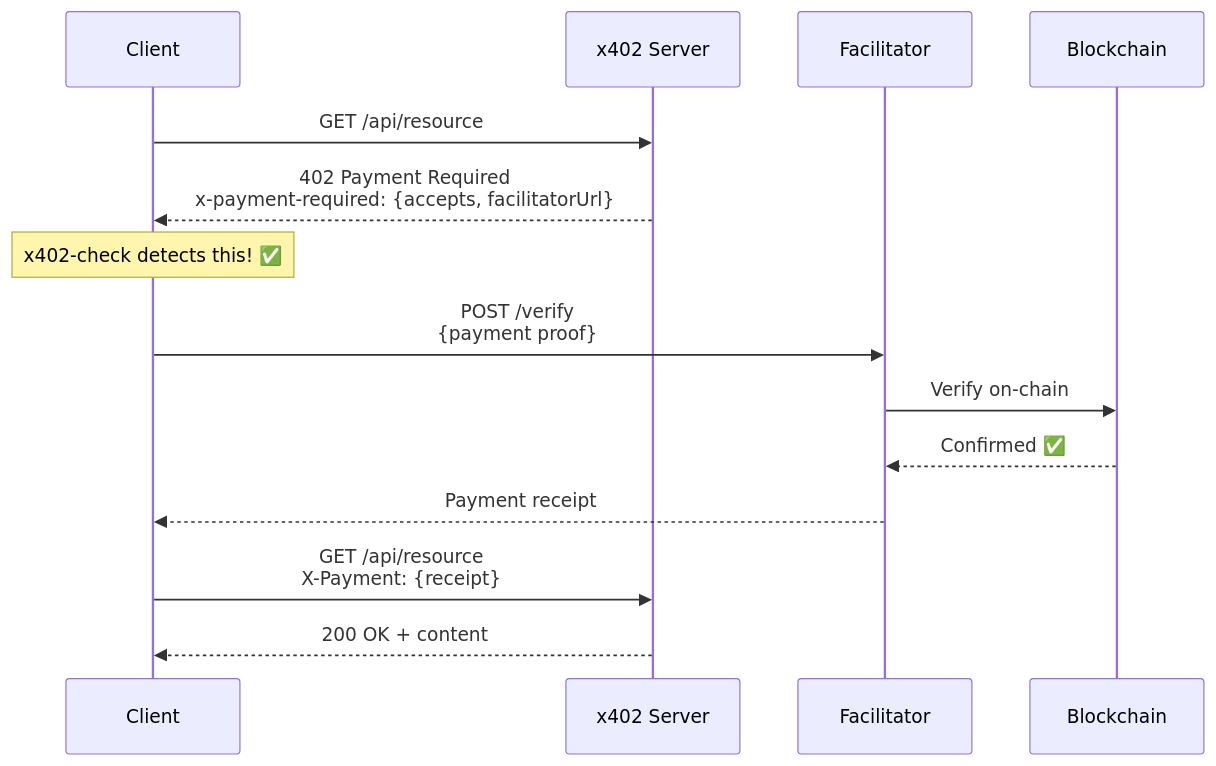
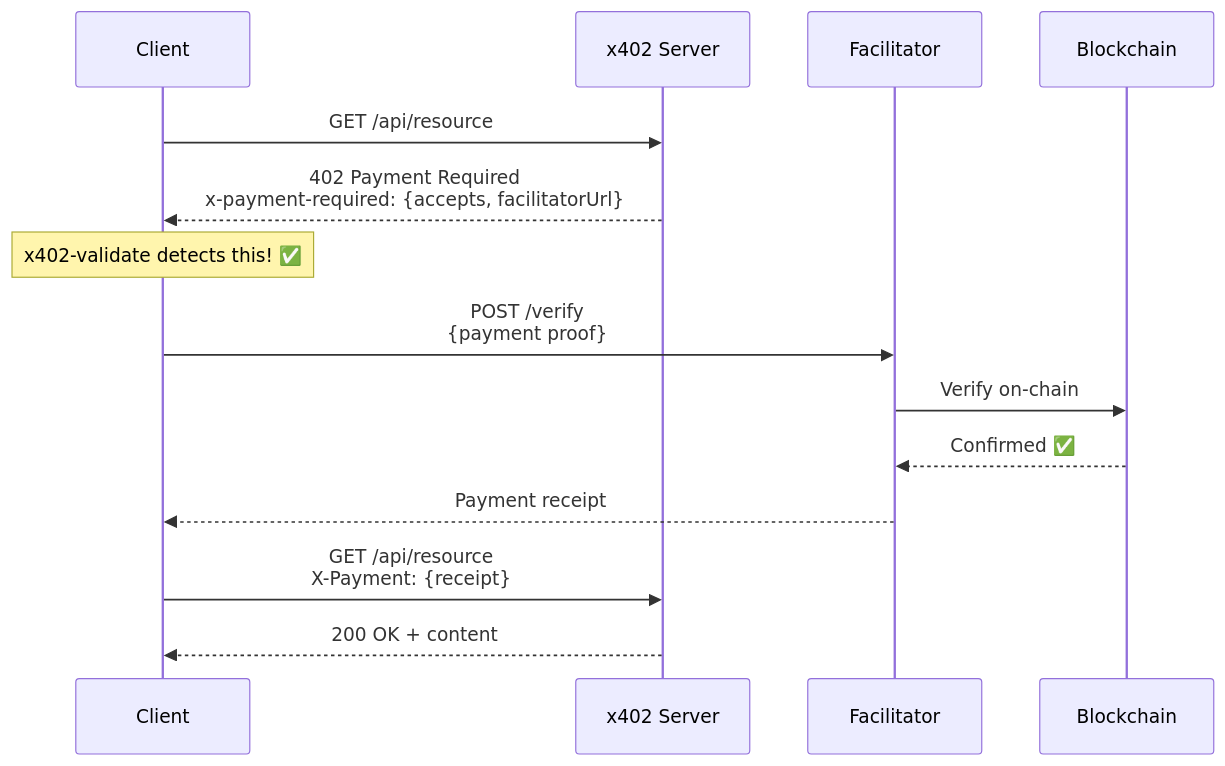
One commit to suryast/x402-check changed the second of 4 diagrams in README.md. Above: the diagram before and after it, drawn with Mermaid. The commit also changed other lines of this file and 4 other files, not shown here.

````diff
--- a/README.md
+++ b/README.md
@@ -48,19 +48,19 @@
 ```mermaid
 sequenceDiagram
     participant C as Client
     participant S as x402 Server
     participant F as Facilitator
     participant B as Blockchain
 
     C->>S: GET /api/resource
     S-->>C: 402 Payment Required<br/>x-payment-required: {accepts, facilitatorUrl}
     
-    Note over C: x402-check detects this! ✅
+    Note over C: x402-validate detects this! ✅
     
     C->>F: POST /verify<br/>{payment proof}
     F->>B: Verify on-chain
     B-->>F: Confirmed ✅
     F-->>C: Payment receipt
     C->>S: GET /api/resource<br/>X-Payment: {receipt}
     S-->>C: 200 OK + content
 ```
````
